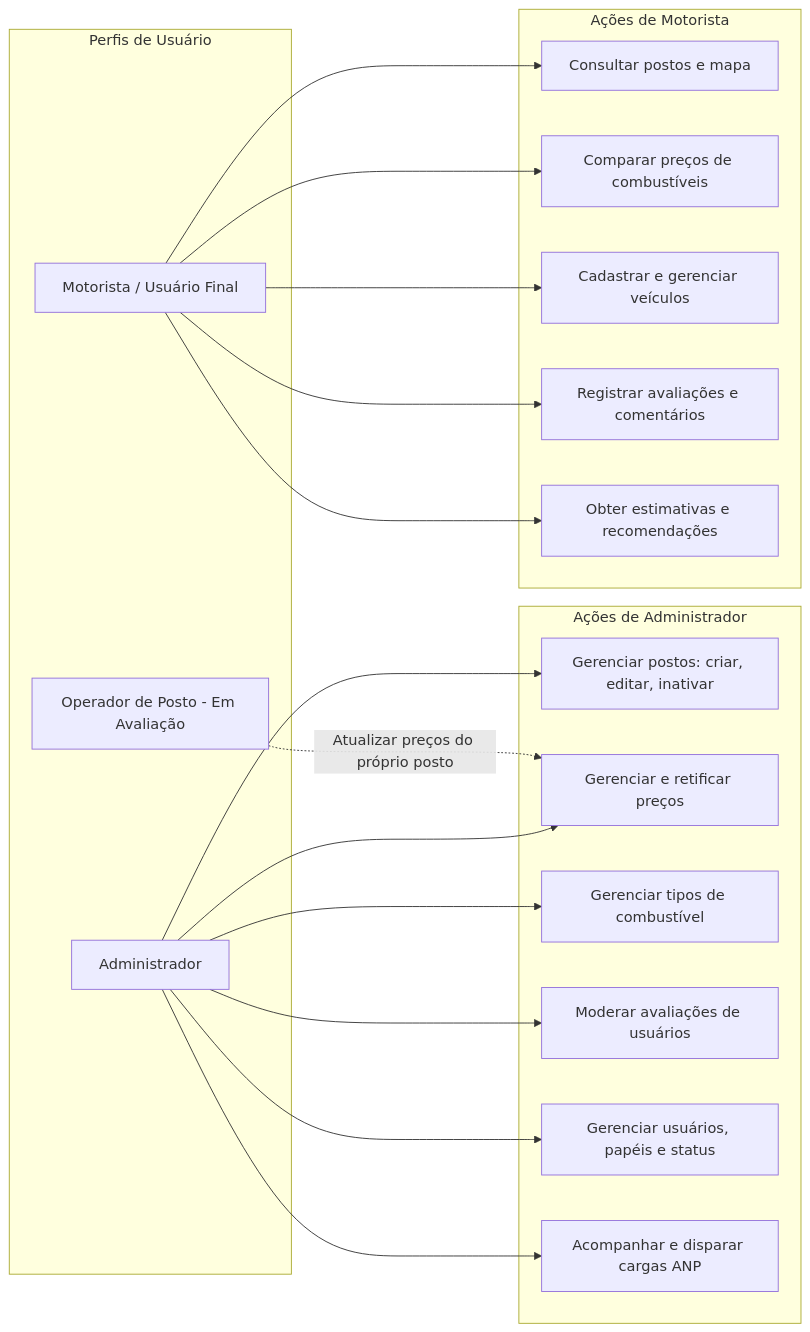
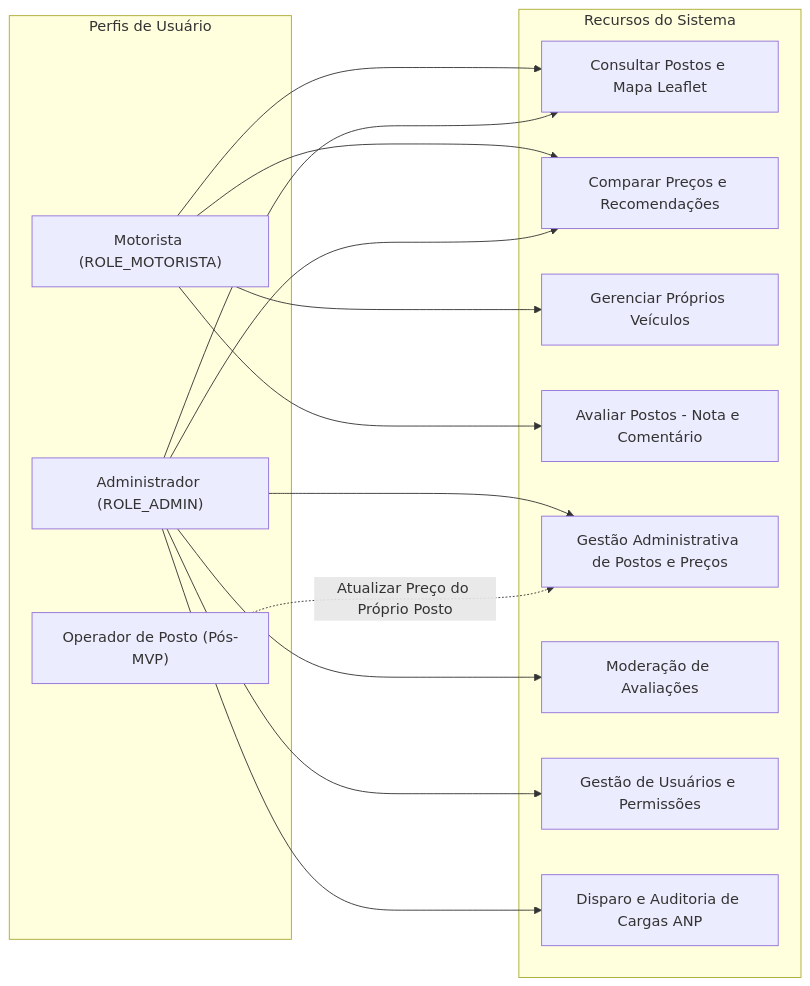
Before and after one commit to fuguharawillian/FuelFinder-: the first of 2 diagrams in .ai/business-rules.md, drawn with Mermaid. The commit also changed other lines of this file and 3 other files, not shown here.

````diff
--- a/.ai/business-rules.md
+++ b/.ai/business-rules.md
@@ -27,40 +26,33 @@
 ```mermaid
 flowchart LR
     subgraph PERFIS[Perfis de Usuário]
-        USER[Motorista / Usuário Final]
-        ADMIN[Administrador]
-        OP[Operador de Posto - Em Avaliação]
+        MOTORISTA["Motorista (ROLE_MOTORISTA)"]
+        ADMIN["Administrador (ROLE_ADMIN)"]
+        OPERADOR["Operador de Posto (Pós-MVP)"]
     end
 
-    subgraph ACOES_MOTORISTA[Ações de Motorista]
-        M1[Consultar postos e mapa]
-        M2[Comparar preços de combustíveis]
-        M3[Cadastrar e gerenciar veículos]
-        M4[Registrar avaliações e comentários]
-        M5[Obter estimativas e recomendações]
+    subgraph RECURSOS[Recursos do Sistema]
+        R1[Consultar Postos e Mapa Leaflet]
+        R2[Comparar Preços e Recomendações]
+        R3[Gerenciar Próprios Veículos]
+        R4[Avaliar Postos - Nota e Comentário]
+        R5[Gestão Administrativa de Postos e Preços]
+        R6[Moderação de Avaliações]
+        R7[Gestão de Usuários e Permissões]
+        R8[Disparo e Auditoria de Cargas ANP]
     end
 
-    subgraph ACOES_ADMIN[Ações de Administrador]
-        A1[Gerenciar postos: criar, editar, inativar]
-        A2[Gerenciar e retificar preços]
-        A3[Gerenciar tipos de combustível]
-        A4[Moderar avaliações de usuários]
-        A5[Gerenciar usuários, papéis e status]
-        A6[Acompanhar e disparar cargas ANP]
-    end
+    MOTORISTA --> R1
+    MOTORISTA --> R2
+    MOTORISTA --> R3
+    MOTORISTA --> R4
 
-    USER --> M1
-    USER --> M2
-    USER --> M3
-    USER --> M4
-    USER --> M5
+    ADMIN --> R1
+    ADMIN --> R2
+    ADMIN --> R5
+    ADMIN --> R6
+    ADMIN --> R7
+    ADMIN --> R8
 
-    ADMIN --> A1
-    ADMIN --> A2
-    ADMIN --> A3
-    ADMIN --> A4
-    ADMIN --> A5
-    ADMIN --> A6
-
-    OP -. Atualizar preços do próprio posto .-> A2
+    OPERADOR -. Atualizar Preço do Próprio Posto .-> R5
 ```
````
